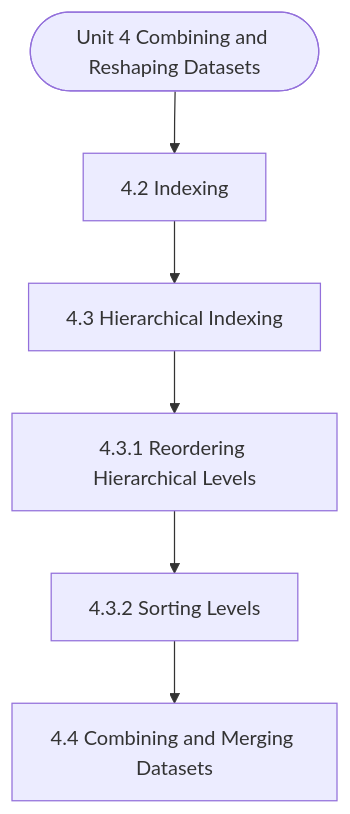
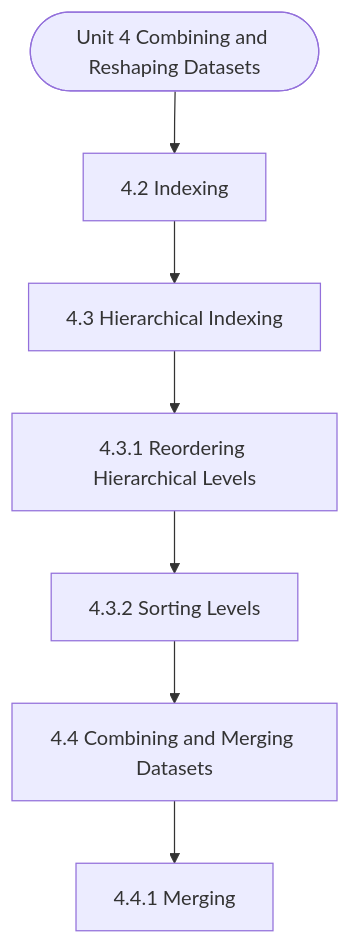
Before and after one commit to Asutosh-Coaching/mscdsa: the diagram in notes/Semester_2/MCS-067_Data_Wrangling_and_Visualization/unit_04_Combining_and_Reshaping_Datasets.md, drawn with Mermaid. The commit also changed other lines of this file and 116 other files, not shown here.

````diff
--- a/notes/Semester_2/MCS-067_Data_Wrangling_and_Visualization/unit_04_Combining_and_Reshaping_Datasets.md
+++ b/notes/Semester_2/MCS-067_Data_Wrangling_and_Visualization/unit_04_Combining_and_Reshaping_Datasets.md
@@ -19,14 +19,16 @@
 ```mermaid
 flowchart TD
   Start(["Unit 4 Combining and Reshaping Datasets"])
   N1["4.2 Indexing"]
   N2["4.3 Hierarchical Indexing"]
   N3["4.3.1 Reordering Hierarchical Levels"]
   N4["4.3.2 Sorting Levels"]
   N5["4.4 Combining and Merging Datasets"]
+  N6["4.4.1 Merging"]
   Start --> N1
   N1 --> N2
   N2 --> N3
   N3 --> N4
   N4 --> N5
+  N5 --> N6
 ```
````
